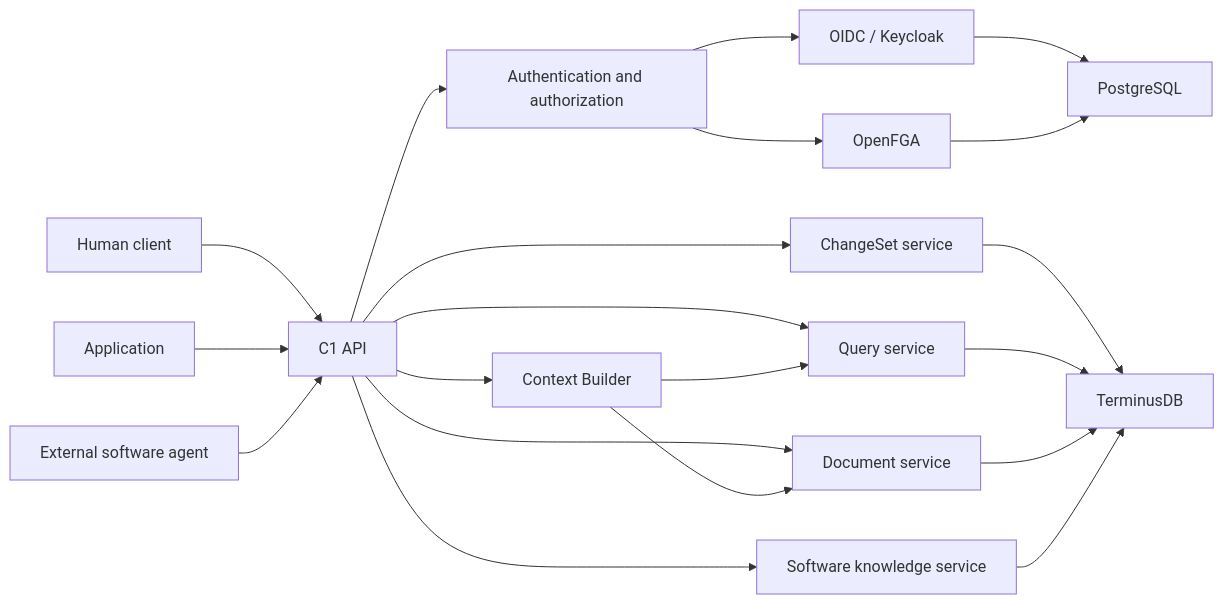
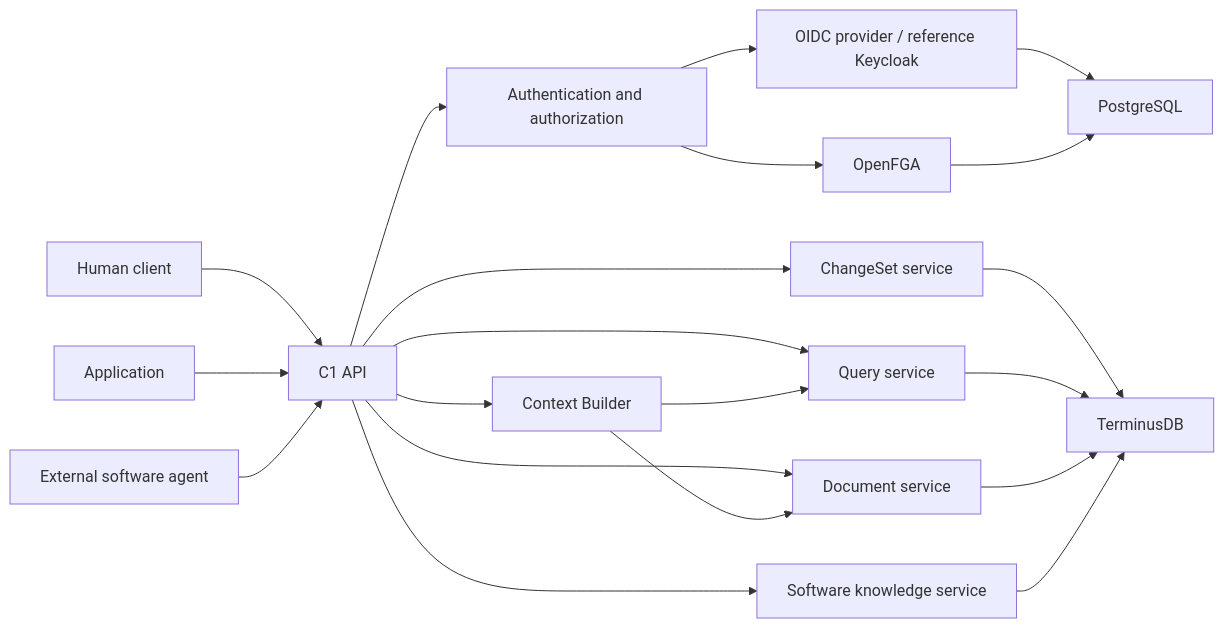
Before and after one commit to Stell0/c1: the first of 8 diagrams in README.md, drawn with Mermaid. The commit also changed other lines of this file and 36 other files, not shown here.

````diff
--- a/README.md
+++ b/README.md
@@ -23,30 +23,30 @@
 ```mermaid
 flowchart LR
     H[Human client]
     A[Application]
     G[External software agent]
 
     H --> API[C1 API]
     A --> API
     G --> API
 
     API --> AUTH[Authentication and authorization]
     API --> CHANGE[ChangeSet service]
     API --> QUERY[Query service]
     API --> DOC[Document service]
     API --> CTX[Context Builder]
     API --> SW[Software knowledge service]
 
-    AUTH --> OIDC[OIDC / Keycloak]
+    AUTH --> OIDC[OIDC provider / reference Keycloak]
     AUTH --> FGA[OpenFGA]
 
     CHANGE --> DB[TerminusDB]
     QUERY --> DB
     DOC --> DB
     CTX --> QUERY
     CTX --> DOC
     SW --> DB
 
     OIDC --> PG[PostgreSQL]
     FGA --> PG
 ```
````
